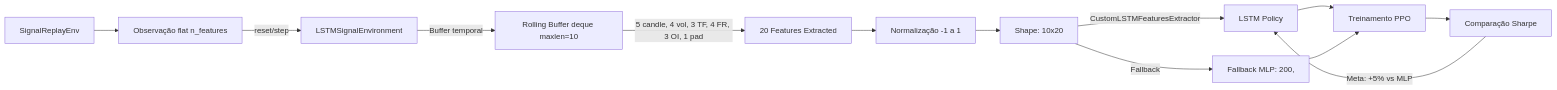
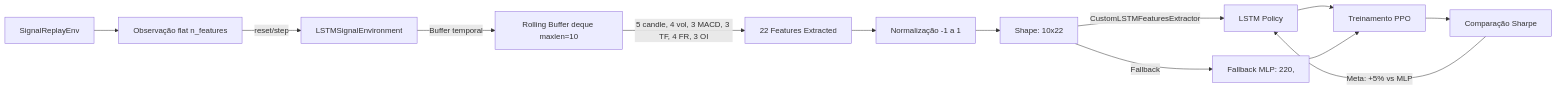
Before and after one commit to jadergreiner/crypto-futures-agent: the fourth of 10 diagrams in docs/DIAGRAMAS.md, drawn with Mermaid. The commit also changed other lines of this file and 8 other files, not shown here.

````diff
--- a/docs/DIAGRAMAS.md
+++ b/docs/DIAGRAMAS.md
@@ -101,27 +103,27 @@
 ```mermaid
 flowchart LR
     A[SignalReplayEnv]
     B[Observação flat n_features]
     C[LSTMSignalEnvironment]
     D[Rolling Buffer deque maxlen=10]
-    E[20 Features Extracted]
+    E[22 Features Extracted]
     F[Normalização -1 a 1]
-    G[Shape: 10x20]
+    G[Shape: 10x22]
     H[LSTM Policy]
-    I[Fallback MLP: 200,]
+    I[Fallback MLP: 220,]
     J[Treinamento PPO]
     K[Comparação Sharpe]
     
     A --> B
     B -->|reset/step| C
     C -->|Buffer temporal| D
-    D -->|5 candle, 4 vol, 3 TF, 4 FR, 3 OI, 1 pad| E
+    D -->|5 candle, 4 vol, 3 MACD, 3 TF, 4 FR, 3 OI| E
     E --> F
     F --> G
     G -->|CustomLSTMFeaturesExtractor| H
     G -->|Fallback| I
     H --> J
     I --> J
     J --> K
     K -->|Meta: +5% vs MLP| H
 ```
````
